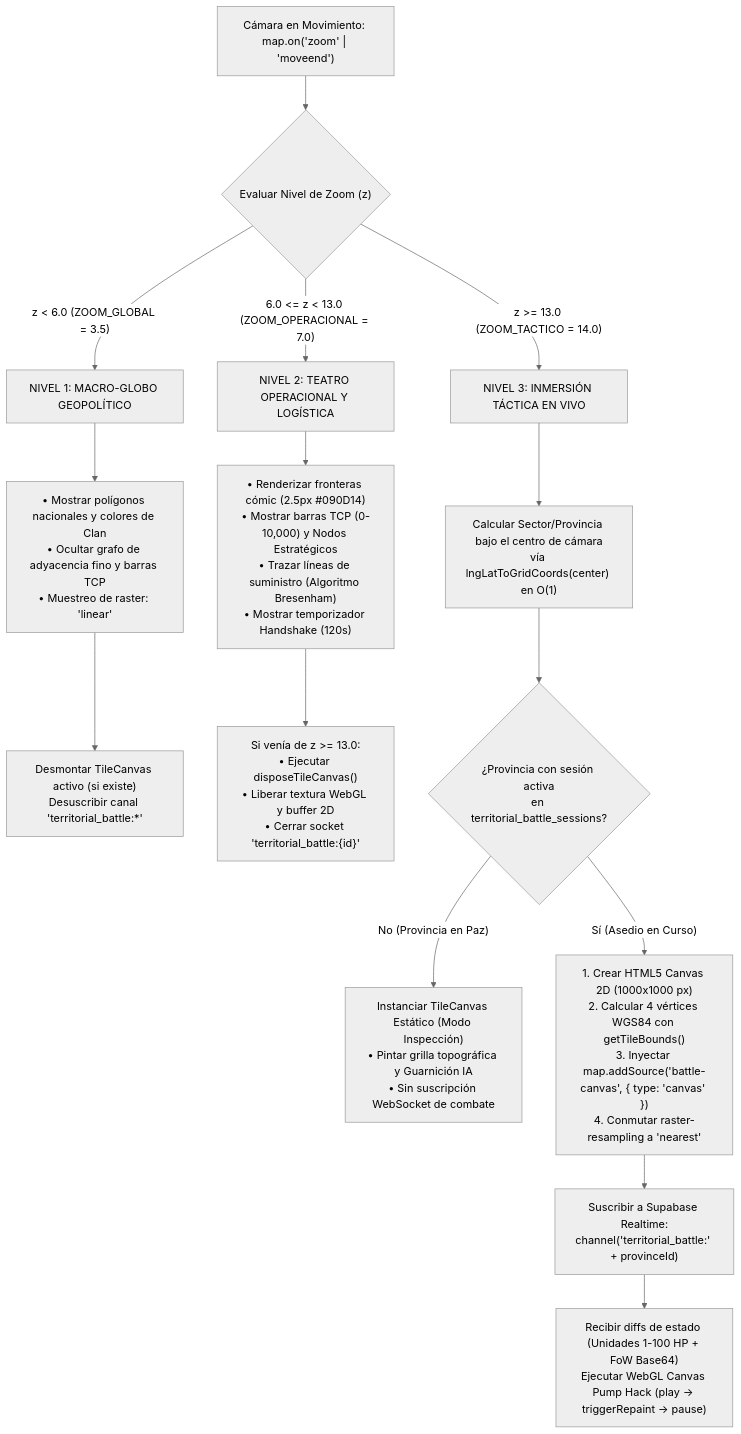
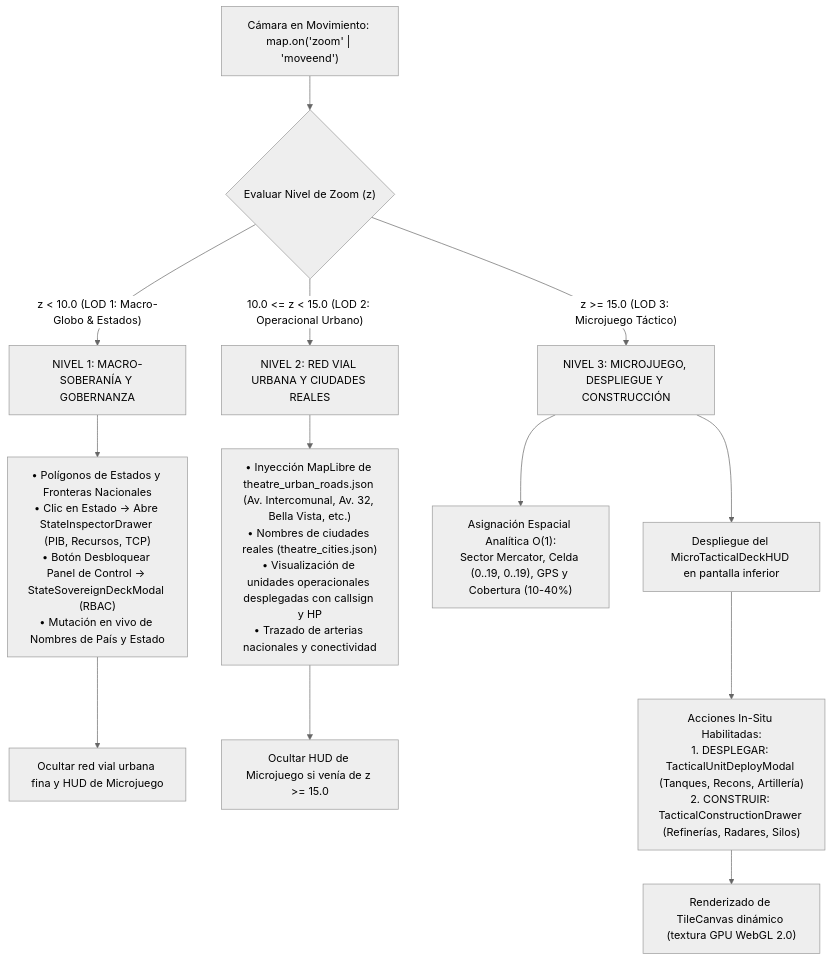
Before and after one commit to davikisea/GEOTACTICS-ONLINE: the third of 6 diagrams in docs/00_GEOTACTICS_ONLINE_MASTER_SPEC.md, drawn with Mermaid (neutral theme). The commit also changed other lines of this file and 55 other files, not shown here.

Commit message:
feat(fase2): despliegue de arquitectura metapolítica, red vial y soberanía C4ISR

````diff
--- a/docs/00_GEOTACTICS_ONLINE_MASTER_SPEC.md
+++ b/docs/00_GEOTACTICS_ONLINE_MASTER_SPEC.md
@@ -259,21 +259,18 @@
 ```mermaid
 flowchart TD
     START["Cámara en Movimiento: map.on('zoom' | 'moveend')"] --> EVAL_Z{"Evaluar Nivel de Zoom (z)"}
 
-    EVAL_Z -- "z < 6.0 (ZOOM_GLOBAL = 3.5)" --> LOD1["NIVEL 1: MACRO-GLOBO GEOPOLÍTICO"]
-    LOD1 --> LOD1_ACT["• Mostrar polígonos nacionales y colores de Clan\n• Ocultar grafo de adyacencia fino y barras TCP\n• Muestreo de raster: 'linear'"]
-    LOD1_ACT --> CLEANUP_1["Desmontar TileCanvas activo (si existe)\nDesuscribir canal 'territorial_battle:*'"]
+    EVAL_Z -- "z < 10.0 (LOD 1: Macro-Globo & Estados)" --> LOD1["NIVEL 1: MACRO-SOBERANÍA Y GOBERNANZA"]
+    LOD1 --> LOD1_ACT["• Polígonos de Estados y Fronteras Nacionales\n• Clic en Estado -> Abre StateInspectorDrawer (PIB, Recursos, TCP)\n• Botón Desbloquear Panel de Control -> StateSovereignDeckModal (RBAC)\n• Mutación en vivo de Nombres de País y Estado"]
+    LOD1_ACT --> CLEANUP_1["Ocultar red vial urbana fina y HUD de Microjuego"]
 
-    EVAL_Z -- "6.0 <= z < 13.0 (ZOOM_OPERACIONAL = 7.0)" --> LOD2["NIVEL 2: TEATRO OPERACIONAL Y LOGÍSTICA"]
-    LOD2 --> LOD2_ACT["• Renderizar fronteras cómic (2.5px #090D14)\n• Mostrar barras TCP (0-10,000) y Nodos Estratégicos\n• Trazar líneas de suministro (Algoritmo Bresenham)\n• Mostrar temporizador Handshake (120s)"]
-    LOD2_ACT --> CLEANUP_2["Si venía de z >= 13.0:\n• Ejecutar disposeTileCanvas()\n• Liberar textura WebGL y buffer 2D\n• Cerrar socket 'territorial_battle:{id}'"]
+    EVAL_Z -- "10.0 <= z < 15.0 (LOD 2: Operacional Urbano)" --> LOD2["NIVEL 2: RED VIAL URBANA Y CIUDADES REALES"]
+    LOD2 --> LOD2_ACT["• Inyección MapLibre de theatre_urban_roads.json (Av. Intercomunal, Av. 32, Bella Vista, etc.)\n• Nombres de ciudades reales (theatre_cities.json)\n• Visualización de unidades operacionales desplegadas con callsign y HP\n• Trazado de arterias nacionales y conectividad"]
+    LOD2_ACT --> CLEANUP_2["Ocultar HUD de Microjuego si venía de z >= 15.0"]
 
-    EVAL_Z -- "z >= 13.0 (ZOOM_TACTICO = 14.0)" --> LOD3["NIVEL 3: INMERSIÓN TÁCTICA EN VIVO"]
-    LOD3 --> PICK_SECTOR["Calcular Sector/Provincia bajo el centro de cámara\nvía lngLatToGridCoords(center) en O(1)"]
-    PICK_SECTOR --> CHECK_WAR{"¿Provincia con sesión activa\nen territorial_battle_sessions?"}
-
-    CHECK_WAR -- "No (Provincia en Paz)" --> RENDER_GARRISON["Instanciar TileCanvas Estático (Modo Inspección)\n• Pintar grilla topográfica y Guarnición IA\n• Sin suscripción WebSocket de combate"]
-    CHECK_WAR -- "Sí (Asedio en Curso)" --> MOUNT_CANVAS["1. Crear HTML5 Canvas 2D (1000x1000 px)\n2. Calcular 4 vértices WGS84 con getTileBounds()\n3. Inyectar map.addSource('battle-canvas', { type: 'canvas' })\n4. Conmutar raster-resampling a 'nearest'"]
-    MOUNT_CANVAS --> SUB_WS["Suscribir a Supabase Realtime:\nchannel('territorial_battle:' + provinceId)"]
-    SUB_WS --> PUMP_LOOP["Recibir diffs de estado (Unidades 1-100 HP + FoW Base64)\nEjecutar WebGL Canvas Pump Hack (play -> triggerRepaint -> pause)"]
+    EVAL_Z -- "z >= 15.0 (LOD 3: Microjuego Táctico)" --> LOD3["NIVEL 3: MICROJUEGO, DESPLIEGUE Y CONSTRUCCIÓN"]
+    LOD3 --> PICK_SECTOR["Asignación Espacial Analítica O(1):\nSector Mercator, Celda (0..19, 0..19), GPS y Cobertura (10-40%)"]
+    LOD3 --> HUD_TACTICAL["Despliegue del MicroTacticalDeckHUD en pantalla inferior"]
+    HUD_TACTICAL --> ACTIONS["Acciones In-Situ Habilitadas:\n1. DESPLEGAR: TacticalUnitDeployModal (Tanques, Recons, Artillería)\n2. CONSTRUIR: TacticalConstructionDrawer (Refinerías, Radares, Silos)"]
+    ACTIONS --> GRID_CANVAS["Renderizado de TileCanvas dinámico (textura GPU WebGL 2.0)"]
 ```
````
